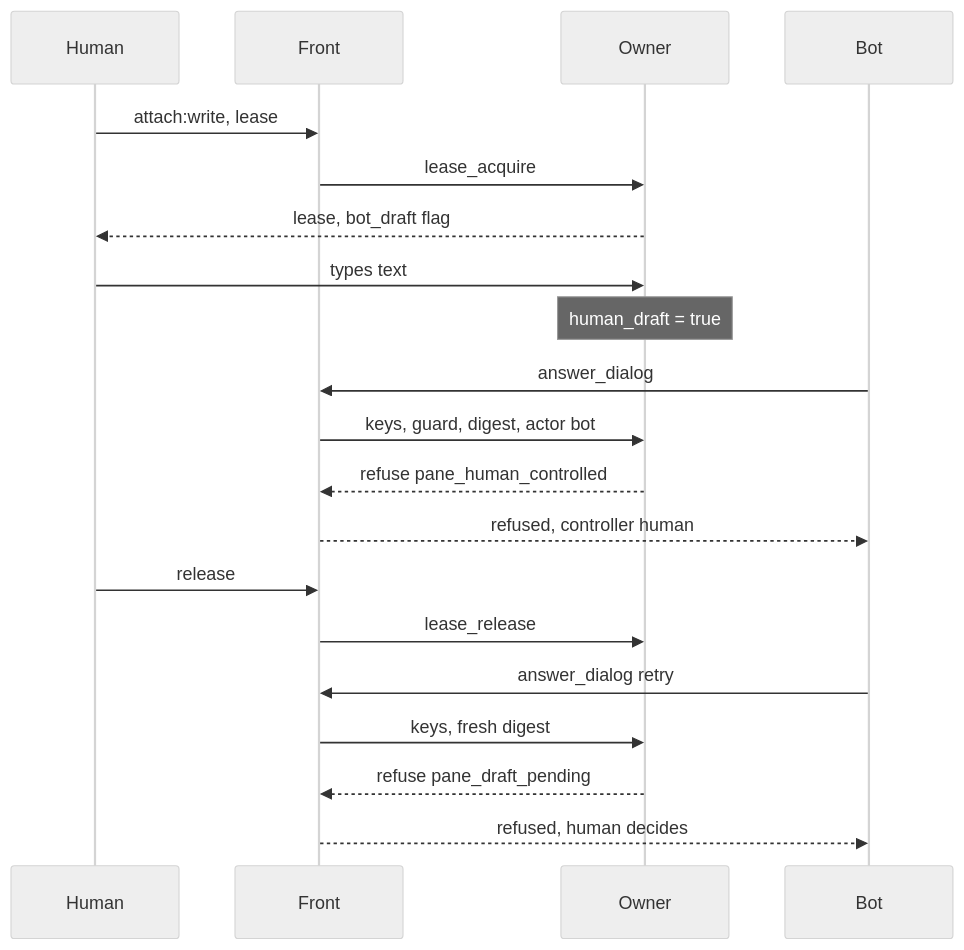
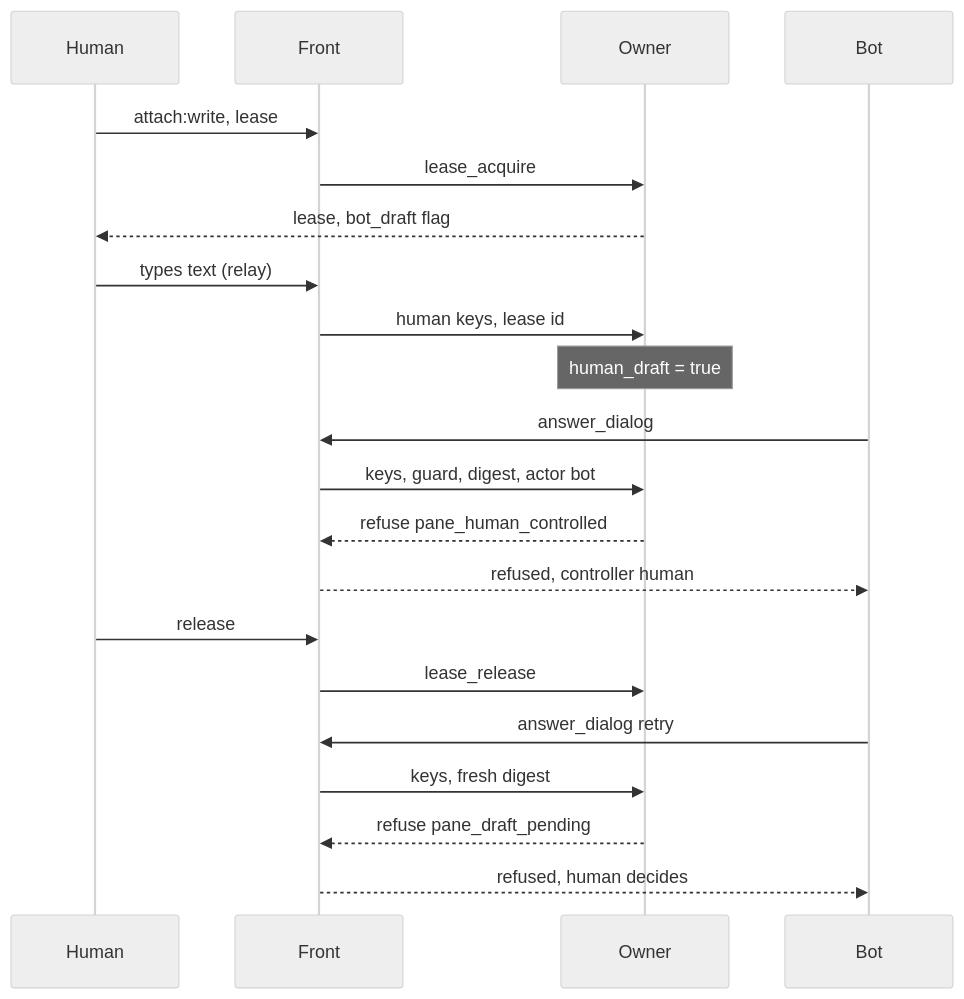
Before and after one commit to openabdev/openab-shepherd: the second of 2 diagrams in docs/adr/restart-survival-and-shared-panes.md, drawn with Mermaid (neutral theme). The commit also changed other lines of this file, not shown here.

````diff
--- a/docs/adr/restart-survival-and-shared-panes.md
+++ b/docs/adr/restart-survival-and-shared-panes.md
@@ -104,22 +106,23 @@
 ```mermaid
 sequenceDiagram
   participant H as Human
   participant F as Front
   participant O as Owner
   participant B as Bot
   H->>F: attach:write, lease
   F->>O: lease_acquire
   O-->>H: lease, bot_draft flag
-  H->>O: types text
+  H->>F: types text (relay)
+  F->>O: human keys, lease id
   Note over O: human_draft = true
   B->>F: answer_dialog
   F->>O: keys, guard, digest, actor bot
   O-->>F: refuse pane_human_controlled
   F-->>B: refused, controller human
   H->>F: release
   F->>O: lease_release
   B->>F: answer_dialog retry
   F->>O: keys, fresh digest
   O-->>F: refuse pane_draft_pending
   F-->>B: refused, human decides
 ```
````
